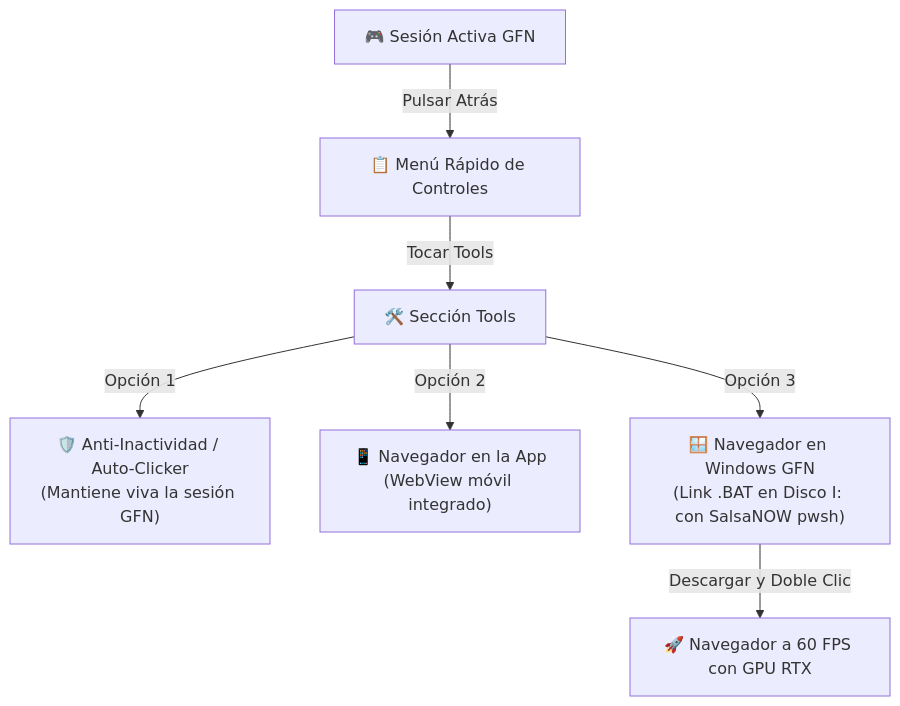
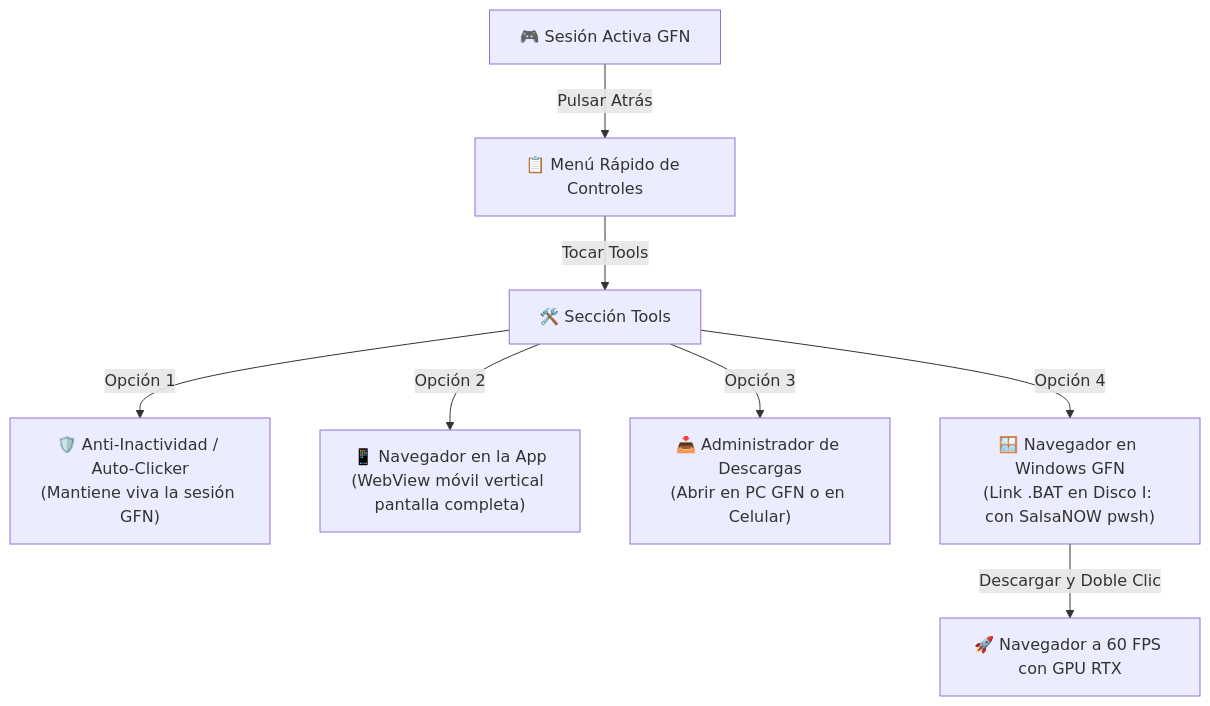
The diagram in README.md (anhot11/nOpenNow), drawn with Mermaid before and after one commit. The commit also changed other lines of this file and 21 other files, not shown here.

Commit message:
feat(branding): rename app to new OpenNow, clean Gemini watermark, and set red cloud icon in app and README

````diff
--- a/README.md
+++ b/README.md
@@ -24,11 +37,12 @@
 ```mermaid
 flowchart TD
     Stream["🎮 Sesión Activa GFN"] -->|Pulsar Atrás| Menu["📋 Menú Rápido de Controles"]
     Menu -->|Tocar Tools| Tools["🛠️ Sección Tools"]
     
     Tools -->|Opción 1| AntiAFK["🛡️ Anti-Inactividad / Auto-Clicker\n(Mantiene viva la sesión GFN)"]
-    Tools -->|Opción 2| InAppBrowser["📱 Navegador en la App\n(WebView móvil integrado)"]
-    Tools -->|Opción 3| WinBrowser["🪟 Navegador en Windows GFN\n(Link .BAT en Disco I: con SalsaNOW pwsh)"]
+    Tools -->|Opción 2| InAppBrowser["📱 Navegador en la App\n(WebView móvil vertical pantalla completa)"]
+    Tools -->|Opción 3| Downloads["📥 Administrador de Descargas\n(Abrir en PC GFN o en Celular)"]
+    Tools -->|Opción 4| WinBrowser["🪟 Navegador en Windows GFN\n(Link .BAT en Disco I: con SalsaNOW pwsh)"]
     
     WinBrowser -->|Descargar y Doble Clic| RunningBrowser["🚀 Navegador a 60 FPS con GPU RTX"]
 ```
````
